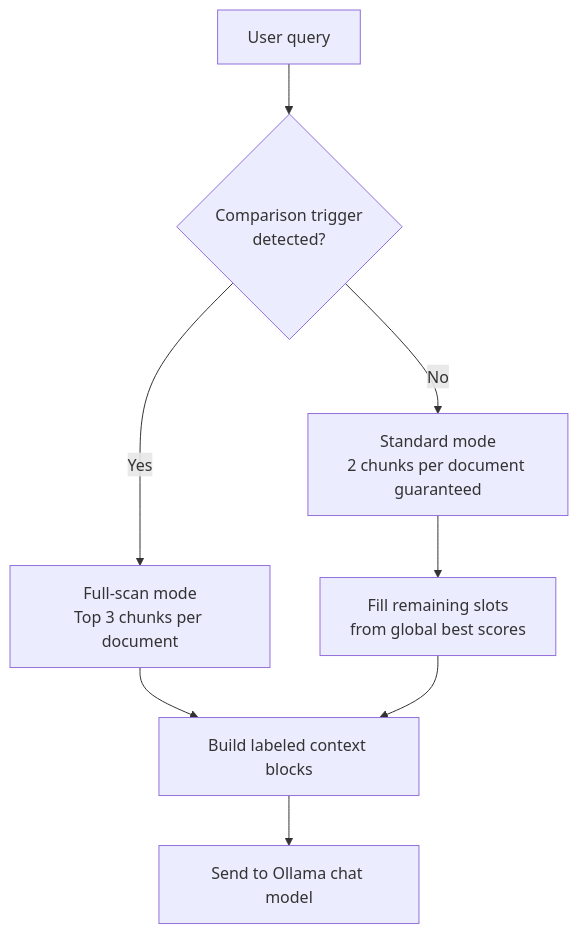
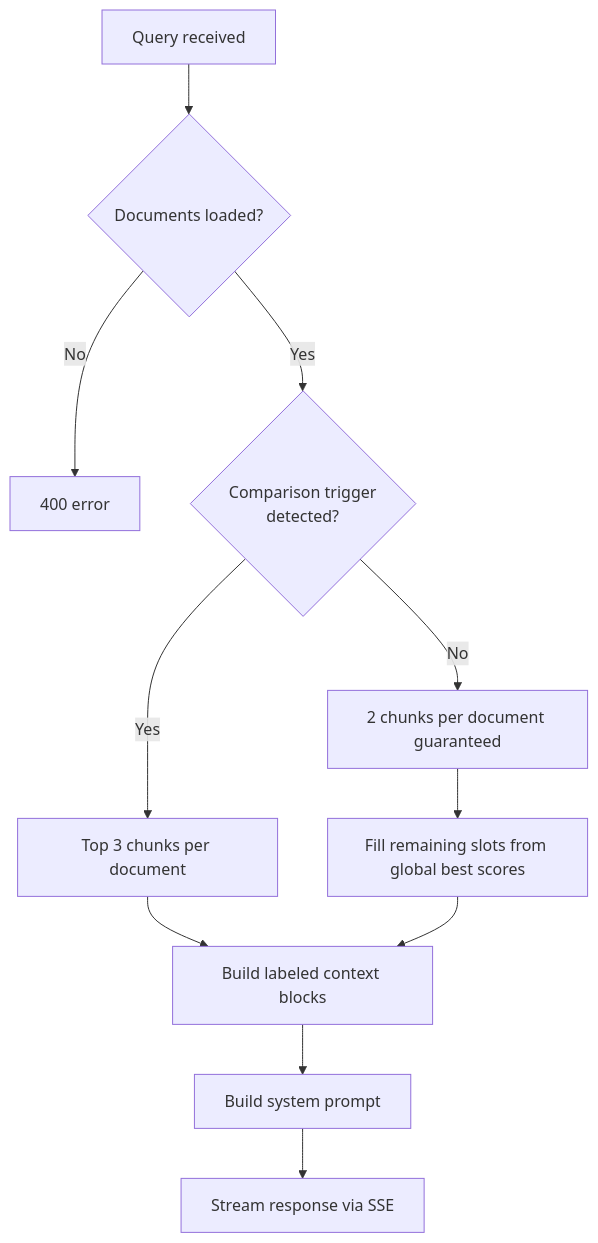
Before and after one commit to Garvit-821/Private-Legal-Research-Agent: the fifth of 8 diagrams in README.md, drawn with Mermaid. The commit also changed other lines of this file and 1 other file, not shown here.

````diff
--- a/README.md
+++ b/README.md
@@ -245,10 +195,13 @@
 ```mermaid
 flowchart TD
-    Q[User query] --> D{Comparison trigger\ndetected?}
-    D -->|Yes| FS[Full-scan mode\nTop 3 chunks per document]
-    D -->|No| ST[Standard mode\n2 chunks per document guaranteed]
-    ST --> PAD[Fill remaining slots\nfrom global best scores]
+    Q[Query received] --> S{Documents loaded?}
+    S -->|No| E[400 error]
+    S -->|Yes| C{Comparison trigger\ndetected?}
+    C -->|Yes| FS[Top 3 chunks per document]
+    C -->|No| ST[2 chunks per document guaranteed]
+    ST --> PAD[Fill remaining slots from global best scores]
     FS --> CTX[Build labeled context blocks]
     PAD --> CTX
-    CTX --> LLM[Send to Ollama chat model]
+    CTX --> P[Build system prompt]
+    P --> ST2[Stream response via SSE]
 ```
````
